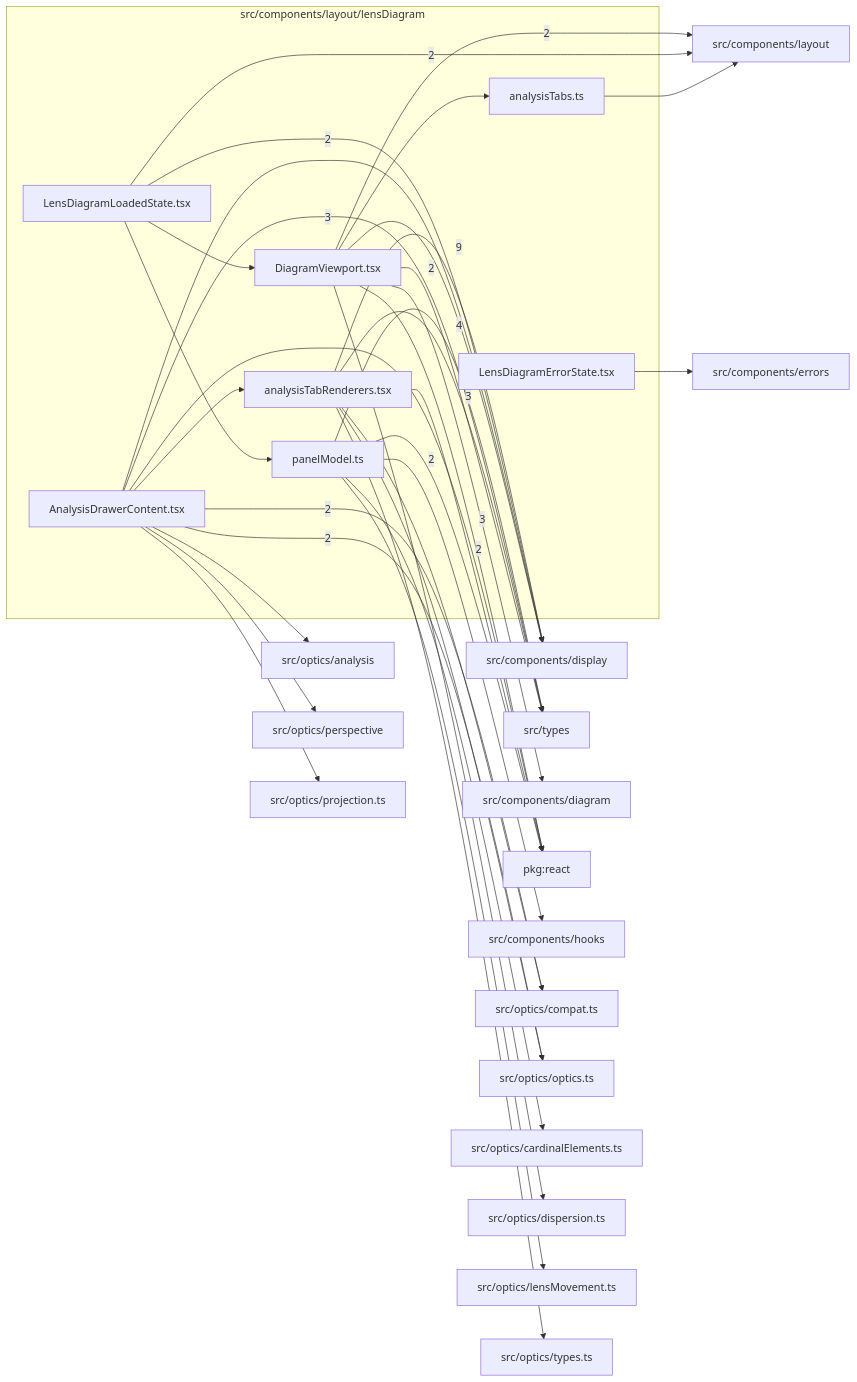
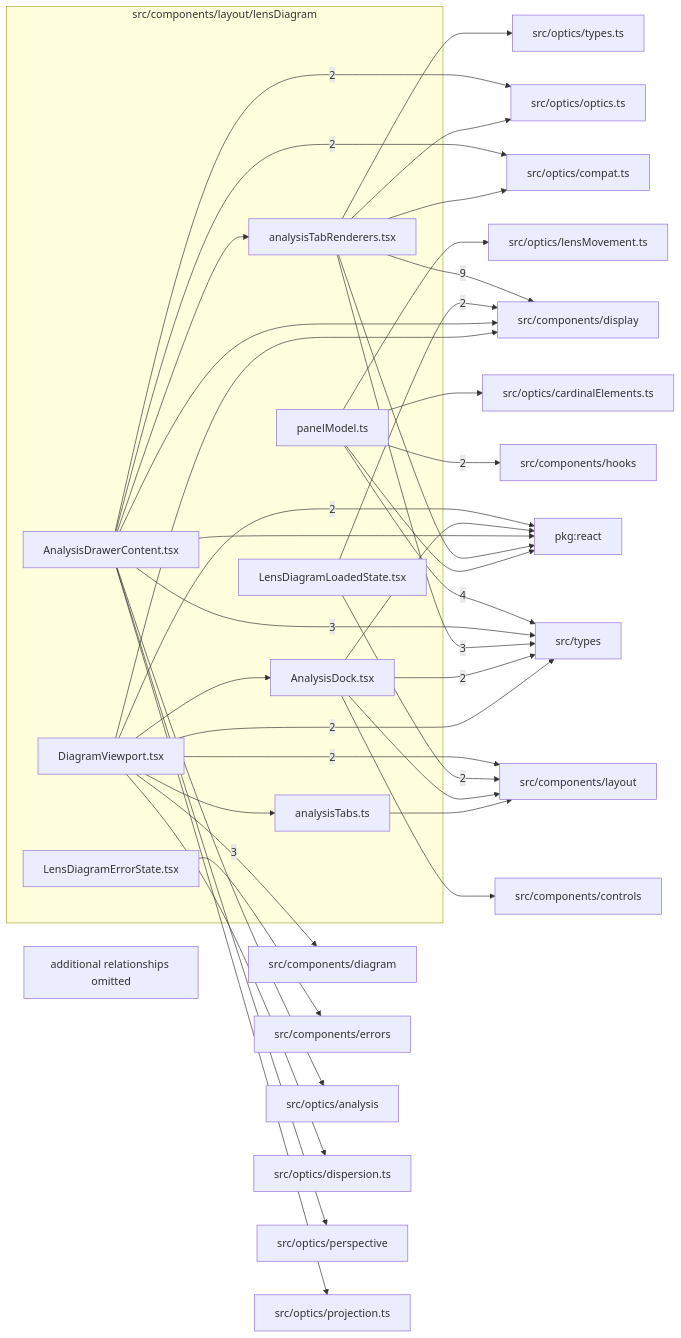
Before and after one commit to ronbuening/LensVisualizer: the diagram in src/components/layout/lensDiagram/readme.md, drawn with Mermaid. The commit also changed other lines of this file and 29 other files, not shown here.

First line of the commit message:
Replace the desktop analysis drawer pill with a two-row analysis dock

````diff
--- a/src/components/layout/lensDiagram/readme.md
+++ b/src/components/layout/lensDiagram/readme.md
@@ -9,61 +9,67 @@
 ```mermaid
 flowchart LR
   subgraph n_src_components_layout_lensDiagram["src/components/layout/lensDiagram"]
+    n_src_components_layout_lensDiagram_src_components_layout_lensDiagram_AnalysisDock_tsx["AnalysisDock.tsx"]
     n_src_components_layout_lensDiagram_src_components_layout_lensDiagram_AnalysisDrawerContent_tsx["AnalysisDrawerContent.tsx"]
     n_src_components_layout_lensDiagram_src_components_layout_lensDiagram_analysisTabRenderers_tsx["analysisTabRenderers.tsx"]
     n_src_components_layout_lensDiagram_src_components_layout_lensDiagram_analysisTabs_ts["analysisTabs.ts"]
     n_src_components_layout_lensDiagram_src_components_layout_lensDiagram_DiagramViewport_tsx["DiagramViewport.tsx"]
     n_src_components_layout_lensDiagram_src_components_layout_lensDiagram_LensDiagramErrorState_tsx["LensDiagramErrorState.tsx"]
     n_src_components_layout_lensDiagram_src_components_layout_lensDiagram_LensDiagramLoadedState_tsx["LensDiagramLoadedState.tsx"]
     n_src_components_layout_lensDiagram_src_components_layout_lensDiagram_panelModel_ts["panelModel.ts"]
   end
   n_external_src_components_display["src/components/display"]
   n_external_src_types["src/types"]
   n_external_src_components_diagram["src/components/diagram"]
   n_external_pkg_react["pkg:react"]
   n_external_src_components_hooks["src/components/hooks"]
   n_external_src_components_layout["src/components/layout"]
   n_external_src_optics_compat_ts["src/optics/compat.ts"]
   n_external_src_optics_optics_ts["src/optics/optics.ts"]
+  n_external_src_components_controls["src/components/controls"]
   n_external_src_components_errors["src/components/errors"]
   n_external_src_optics_analysis["src/optics/analysis"]
   n_external_src_optics_cardinalElements_ts["src/optics/cardinalElements.ts"]
   n_external_src_optics_dispersion_ts["src/optics/dispersion.ts"]
   n_external_src_optics_lensMovement_ts["src/optics/lensMovement.ts"]
   n_external_src_optics_perspective["src/optics/perspective"]
   n_external_src_optics_projection_ts["src/optics/projection.ts"]
   n_external_src_optics_types_ts["src/optics/types.ts"]
   n_src_components_layout_lensDiagram_src_components_layout_lensDiagram_analysisTabRenderers_tsx --> |9| n_external_src_components_display
   n_src_components_layout_lensDiagram_src_components_layout_lensDiagram_panelModel_ts --> |4| n_external_src_types
   n_src_components_layout_lensDiagram_src_components_layout_lensDiagram_DiagramViewport_tsx --> |3| n_external_src_components_diagram
   n_src_components_layout_lensDiagram_src_components_layout_lensDiagram_AnalysisDrawerContent_tsx --> |3| n_external_src_types
   n_src_components_layout_lensDiagram_src_components_layout_lensDiagram_analysisTabRenderers_tsx --> |3| n_external_src_types
   n_src_components_layout_lensDiagram_src_components_layout_lensDiagram_DiagramViewport_tsx --> |2| n_external_pkg_react
   n_src_components_layout_lensDiagram_src_components_layout_lensDiagram_LensDiagramLoadedState_tsx --> |2| n_external_src_components_display
   n_src_components_layout_lensDiagram_src_components_layout_lensDiagram_panelModel_ts --> |2| n_external_src_components_hooks
   n_src_components_layout_lensDiagram_src_components_layout_lensDiagram_DiagramViewport_tsx --> |2| n_external_src_components_layout
   n_src_components_layout_lensDiagram_src_components_layout_lensDiagram_LensDiagramLoadedState_tsx --> |2| n_external_src_components_layout
   n_src_components_layout_lensDiagram_src_components_layout_lensDiagram_AnalysisDrawerContent_tsx --> |2| n_external_src_optics_compat_ts
   n_src_components_layout_lensDiagram_src_components_layout_lensDiagram_AnalysisDrawerContent_tsx --> |2| n_external_src_optics_optics_ts
+  n_src_components_layout_lensDiagram_src_components_layout_lensDiagram_AnalysisDock_tsx --> |2| n_external_src_types
   n_src_components_layout_lensDiagram_src_components_layout_lensDiagram_DiagramViewport_tsx --> |2| n_external_src_types
+  n_src_components_layout_lensDiagram_src_components_layout_lensDiagram_AnalysisDock_tsx --> n_external_pkg_react
   n_src_components_layout_lensDiagram_src_components_layout_lensDiagram_AnalysisDrawerContent_tsx --> n_external_pkg_react
   n_src_components_layout_lensDiagram_src_components_layout_lensDiagram_analysisTabRenderers_tsx --> n_external_pkg_react
   n_src_components_layout_lensDiagram_src_components_layout_lensDiagram_panelModel_ts --> n_external_pkg_react
+  n_src_components_layout_lensDiagram_src_components_layout_lensDiagram_AnalysisDock_tsx --> n_external_src_components_controls
   n_src_components_layout_lensDiagram_src_components_layout_lensDiagram_AnalysisDrawerContent_tsx --> n_external_src_components_display
   n_src_components_layout_lensDiagram_src_components_layout_lensDiagram_DiagramViewport_tsx --> n_external_src_components_display
   n_src_components_layout_lensDiagram_src_components_layout_lensDiagram_LensDiagramErrorState_tsx --> n_external_src_components_errors
+  n_src_components_layout_lensDiagram_src_components_layout_lensDiagram_AnalysisDock_tsx --> n_external_src_components_layout
   n_src_components_layout_lensDiagram_src_components_layout_lensDiagram_analysisTabs_ts --> n_external_src_components_layout
   n_src_components_layout_lensDiagram_src_components_layout_lensDiagram_AnalysisDrawerContent_tsx --> n_external_src_optics_analysis
   n_src_components_layout_lensDiagram_src_components_layout_lensDiagram_panelModel_ts --> n_external_src_optics_cardinalElements_ts
   n_src_components_layout_lensDiagram_src_components_layout_lensDiagram_analysisTabRenderers_tsx --> n_external_src_optics_compat_ts
   n_src_components_layout_lensDiagram_src_components_layout_lensDiagram_DiagramViewport_tsx --> n_external_src_optics_dispersion_ts
   n_src_components_layout_lensDiagram_src_components_layout_lensDiagram_panelModel_ts --> n_external_src_optics_lensMovement_ts
   n_src_components_layout_lensDiagram_src_components_layout_lensDiagram_analysisTabRenderers_tsx --> n_external_src_optics_optics_ts
   n_src_components_layout_lensDiagram_src_components_layout_lensDiagram_AnalysisDrawerContent_tsx --> n_external_src_optics_perspective
   n_src_components_layout_lensDiagram_src_components_layout_lensDiagram_AnalysisDrawerContent_tsx --> n_external_src_optics_projection_ts
   n_src_components_layout_lensDiagram_src_components_layout_lensDiagram_analysisTabRenderers_tsx --> n_external_src_optics_types_ts
+  n_src_components_layout_lensDiagram_src_components_layout_lensDiagram_DiagramViewport_tsx --> n_src_components_layout_lensDiagram_src_components_layout_lensDiagram_AnalysisDock_tsx
   n_src_components_layout_lensDiagram_src_components_layout_lensDiagram_AnalysisDrawerContent_tsx --> n_src_components_layout_lensDiagram_src_components_layout_lensDiagram_analysisTabRenderers_tsx
   n_src_components_layout_lensDiagram_src_components_layout_lensDiagram_DiagramViewport_tsx --> n_src_components_layout_lensDiagram_src_components_layout_lensDiagram_analysisTabs_ts
-  n_src_components_layout_lensDiagram_src_components_layout_lensDiagram_LensDiagramLoadedState_tsx --> n_src_components_layout_lensDiagram_src_components_layout_lensDiagram_DiagramViewport_tsx
-  n_src_components_layout_lensDiagram_src_components_layout_lensDiagram_LensDiagramLoadedState_tsx --> n_src_components_layout_lensDiagram_src_components_layout_lensDiagram_panelModel_ts
+  n_src_components_layout_lensDiagram_truncated["additional relationships omitted"]
 ```
````
